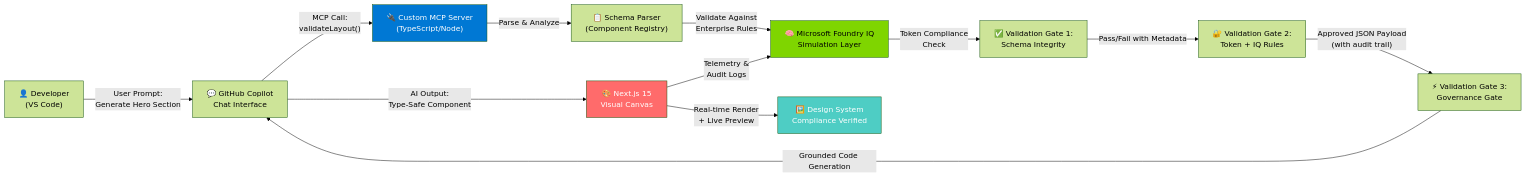
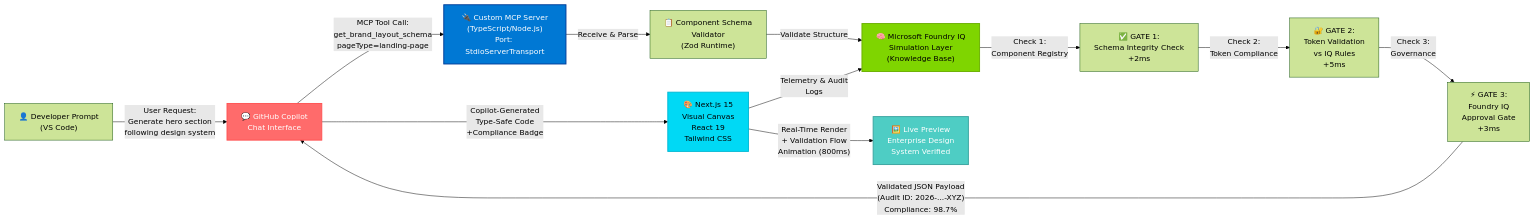
The diagram in README.md (Codernoob000/designops-mcp-canvas), drawn with Mermaid (forest theme) before and after one commit. The commit also changed other lines of this file, not shown here.

Commit message:
docs: update root README to reflect 100% completed monorepo architecture

````diff
--- a/README.md
+++ b/README.md
@@ -18,19 +43,30 @@
 ```mermaid
 graph LR
-    A["👤 Developer<br/>(VS Code)"] -->|"User Prompt:<br/>Generate Hero Section"| B["💬 GitHub Copilot<br/>Chat Interface"]
-    B -->|"MCP Call:<br/>validateLayout()"| C["🔌 Custom MCP Server<br/>(TypeScript/Node)"]
-    C -->|"Parse & Analyze"| D["📋 Schema Parser<br/>(Component Registry)"]
-    D -->|"Validate Against<br/>Enterprise Rules"| E["🧠 Microsoft Foundry IQ<br/>Simulation Layer"]
-    E -->|"Token Compliance<br/>Check"| F["✅ Validation Gate 1:<br/>Schema Integrity"]
-    F -->|"Pass/Fail with Metadata"| G["🔐 Validation Gate 2:<br/>Token + IQ Rules"]
-    G -->|"Approved JSON Payload<br/>(with audit trail)"| H["⚡ Validation Gate 3:<br/>Governance Gate"]
-    H -->|"Grounded Code Generation"| B
-    B -->|"AI Output:<br/>Type-Safe Component"| I["🎨 Next.js 15<br/>Visual Canvas"]
-    I -->|"Real-time Render<br/>+ Live Preview"| J["🖼️ Design System<br/>Compliance Verified"]
-    I -->|"Telemetry &<br/>Audit Logs"| E
+    A["👤 Developer Prompt<br/>(VS Code)"] -->|"User Request:<br/>Generate hero section<br/>following design system"| B["💬 GitHub Copilot<br/>Chat Interface"]
     
-    style C fill:#0078d4,color:#fff
-    style E fill:#7fd500,color:#000
-    style I fill:#ff6b6b,color:#fff
-    style J fill:#4ecdc4,color:#fff
+    B -->|"MCP Tool Call:<br/>get_brand_layout_schema<br/>pageType=landing-page"| C["🔌 Custom MCP Server<br/>(TypeScript/Node.js)<br/>Port: StdioServerTransport"]
+    
+    C -->|"Receive & Parse"| D["📋 Component Schema<br/>Validator<br/>(Zod Runtime)"]
+    
+    D -->|"Validate Structure"| E["🧠 Microsoft Foundry IQ<br/>Simulation Layer<br/>(Knowledge Base)"]
+    
+    E -->|"Check 1:<br/>Component Registry"| F["✅ GATE 1:<br/>Schema Integrity Check<br/>+2ms"]
+    
+    F -->|"Check 2:<br/>Token Compliance"| G["🔐 GATE 2:<br/>Token Validation<br/>vs IQ Rules<br/>+5ms"]
+    
+    G -->|"Check 3:<br/>Governance"| H["⚡ GATE 3:<br/>Foundry IQ<br/>Approval Gate<br/>+3ms"]
+    
+    H -->|"Validated JSON Payload<br/>(Audit ID: 2026-...-XYZ)<br/>Compliance: 98.7%"| B
+    
+    B -->|"Copilot-Generated<br/>Type-Safe Code<br/>+Compliance Badge"| I["🎨 Next.js 15<br/>Visual Canvas<br/>React 19<br/>Tailwind CSS"]
+    
+    I -->|"Real-Time Render<br/>+ Validation Flow<br/>Animation (800ms)"| J["🖼️ Live Preview<br/>Enterprise Design<br/>System Verified"]
+    
+    I -->|"Telemetry & Audit<br/>Logs"| E
+    
+    style C fill:#0078d4,stroke:#003d99,color:#fff,stroke-width:2px
+    style E fill:#7fd500,stroke:#6bb000,color:#000,stroke-width:2px
+    style B fill:#ff6b6b,stroke:#ff5252,color:#fff,stroke-width:2px
+    style I fill:#00d9f5,stroke:#00b8d4,color:#000,stroke-width:2px
+    style J fill:#4ecdc4,stroke:#3aa39f,color:#fff,stroke-width:2px
 ```
````
